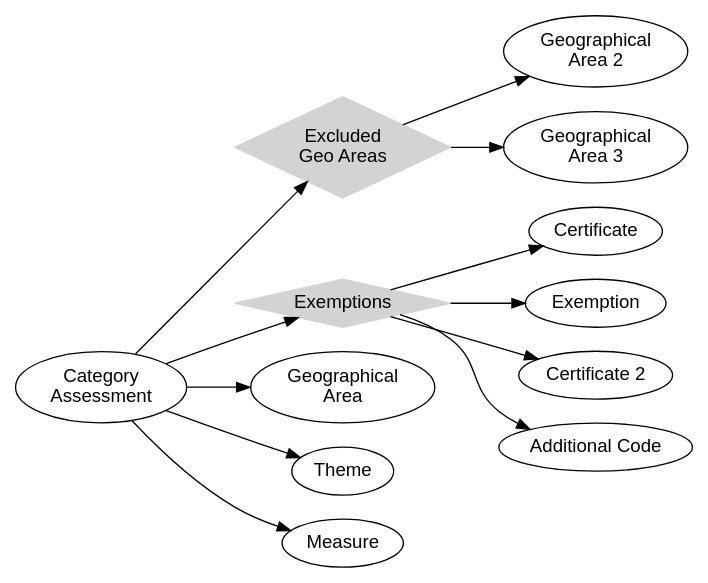
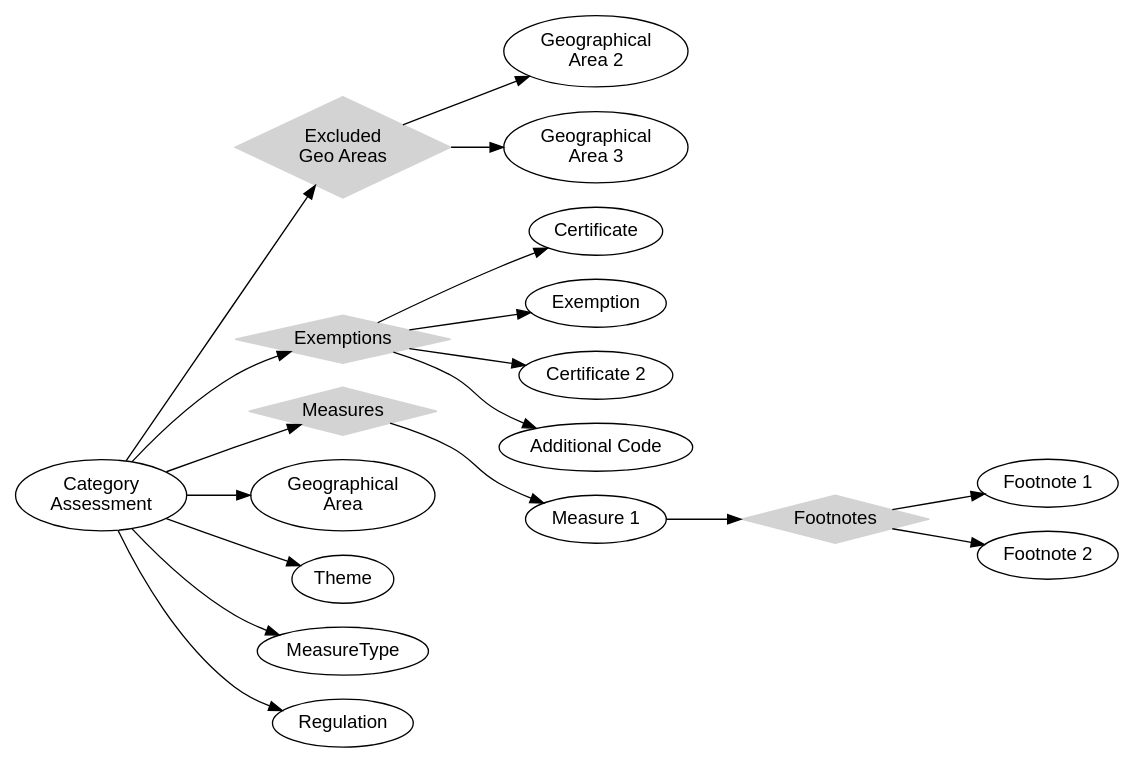
Before and after one commit to trade-tariff/trade-tariff-api-docs: the diagram in source/graphviz/category-assessment.dot, drawn with Graphviz. The commit also changed 2 other files, not shown here.

Commit message:
GL-485 Dropped Measures reference from GNs

```diff
--- a/source/graphviz/category-assessment.dot
+++ b/source/graphviz/category-assessment.dot
@@ -1,23 +1,31 @@
 digraph {
     rankdir="LR"
     fontname="Arial,sans-serif"
     node [fontname="Arial,sans-serif"]
     edge [fontname="Arial,sans-serif"]
 
     node [shape=diamond,style=filled,color=lightgrey];
     "Excluded\nGeo Areas";
     "Exemptions";
+    "Measures";
+    "Footnotes";
 
     node [shape=ellipse,style=unfilled,color=black];
     "Category\nAssessment" -> "Exemptions"
     "Exemptions" -> "Certificate"
     "Exemptions" -> "Exemption"
     "Exemptions" -> "Certificate 2"
     "Exemptions" -> "Additional Code"
     "Category\nAssessment" -> "Geographical\nArea"
     "Category\nAssessment" -> "Excluded\nGeo Areas"
     "Excluded\nGeo Areas" -> "Geographical\nArea 2"
     "Excluded\nGeo Areas" -> "Geographical\nArea 3"
     "Category\nAssessment" -> "Theme"
-    "Category\nAssessment" -> "Measure"
+    "Category\nAssessment" -> "Measures"
+    "Category\nAssessment" -> "MeasureType"
+    "Category\nAssessment" -> "Regulation"
+    "Measures" -> "Measure 1"
+    "Measure 1" -> "Footnotes"
+    "Footnotes" -> "Footnote 1"
+    "Footnotes" -> "Footnote 2"
 }
```
